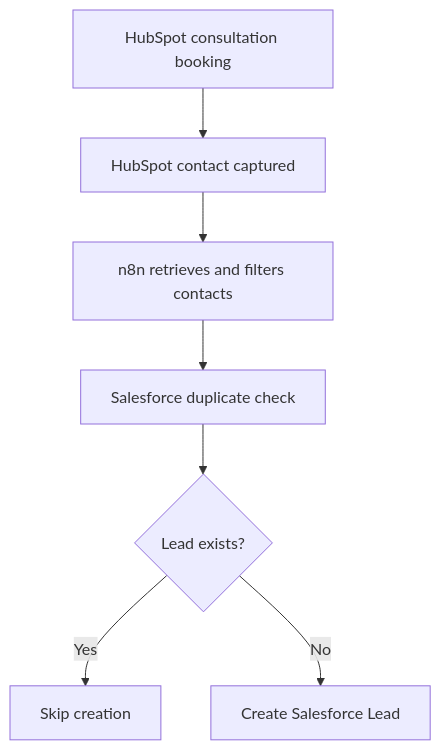
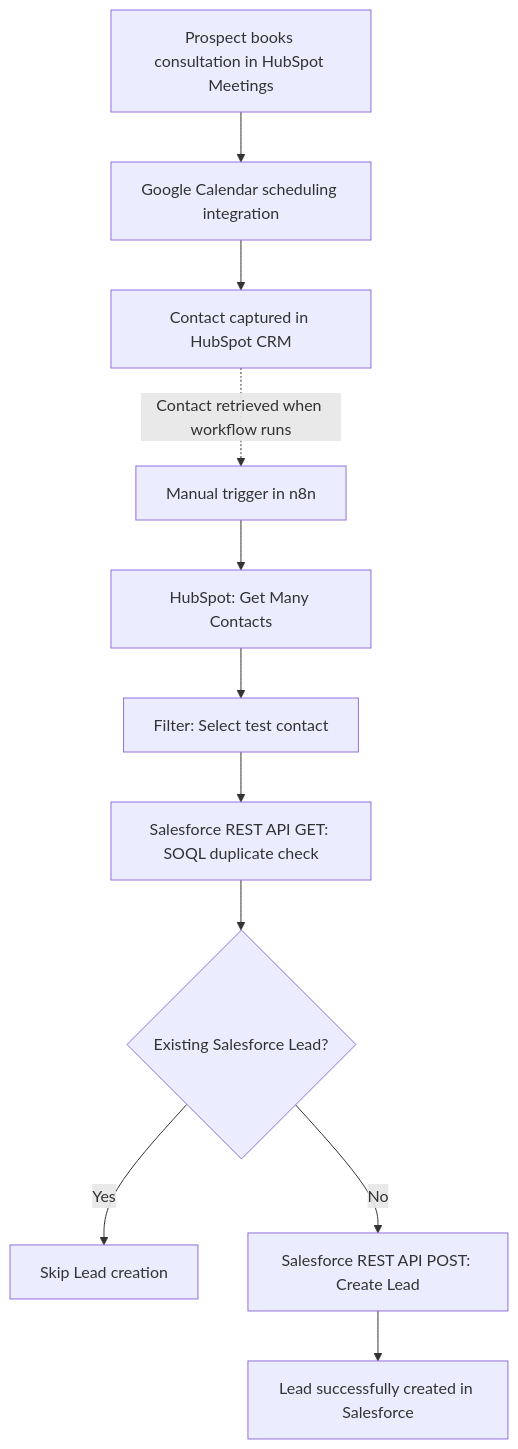
One commit to siyandangange/crm-revops-engineering-portfolio changed the diagram in 01-consultation-lead-handoff/README.md. Above: the diagram before and after it, drawn with Mermaid.

Commit message:
Expand architecture diagram with API workflow details
Updated flowchart in README to reflect new consultation booking and lead capture process.

````diff
--- a/01-consultation-lead-handoff/README.md
+++ b/01-consultation-lead-handoff/README.md
@@ -54,14 +54,23 @@
 ```mermaid
+
+
 flowchart TD
-    A["HubSpot consultation booking"]
-    B["HubSpot contact captured"]
-    C["n8n retrieves and filters contacts"]
-    D["Salesforce duplicate check"]
-    E{"Lead exists?"}
-    F["Skip creation"]
-    G["Create Salesforce Lead"]
+    A["Prospect books consultation in HubSpot Meetings"]
+    B["Google Calendar scheduling integration"]
+    C["Contact captured in HubSpot CRM"]
+    D["Manual trigger in n8n"]
+    E["HubSpot: Get Many Contacts"]
+    F["Filter: Select test contact"]
+    G["Salesforce REST API GET: SOQL duplicate check"]
+    H{"Existing Salesforce Lead?"}
+    I["Skip Lead creation"]
+    J["Salesforce REST API POST: Create Lead"]
+    K["Lead successfully created in Salesforce"]
 
-    A --> B --> C --> D --> E
-    E -->|Yes| F
-    E -->|No| G
+    A --> B --> C
+    C -.->|"Contact retrieved when workflow runs"| D
+    D --> E --> F --> G --> H
+    H -->|"Yes"| I
+    H -->|"No"| J --> K
+
 ```
````
